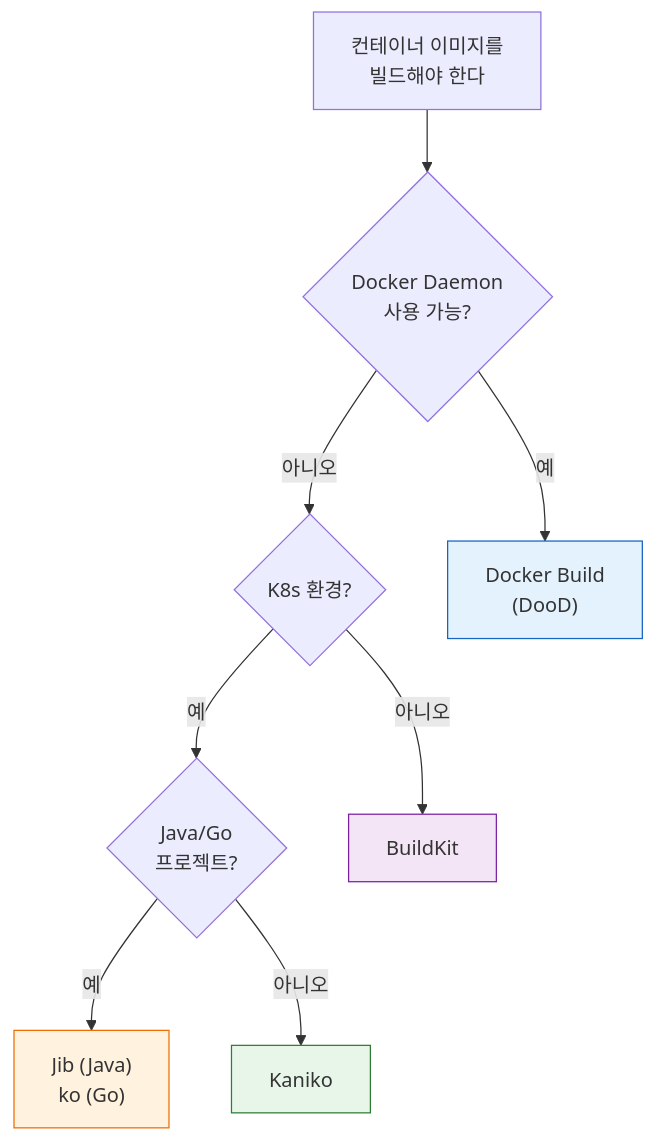
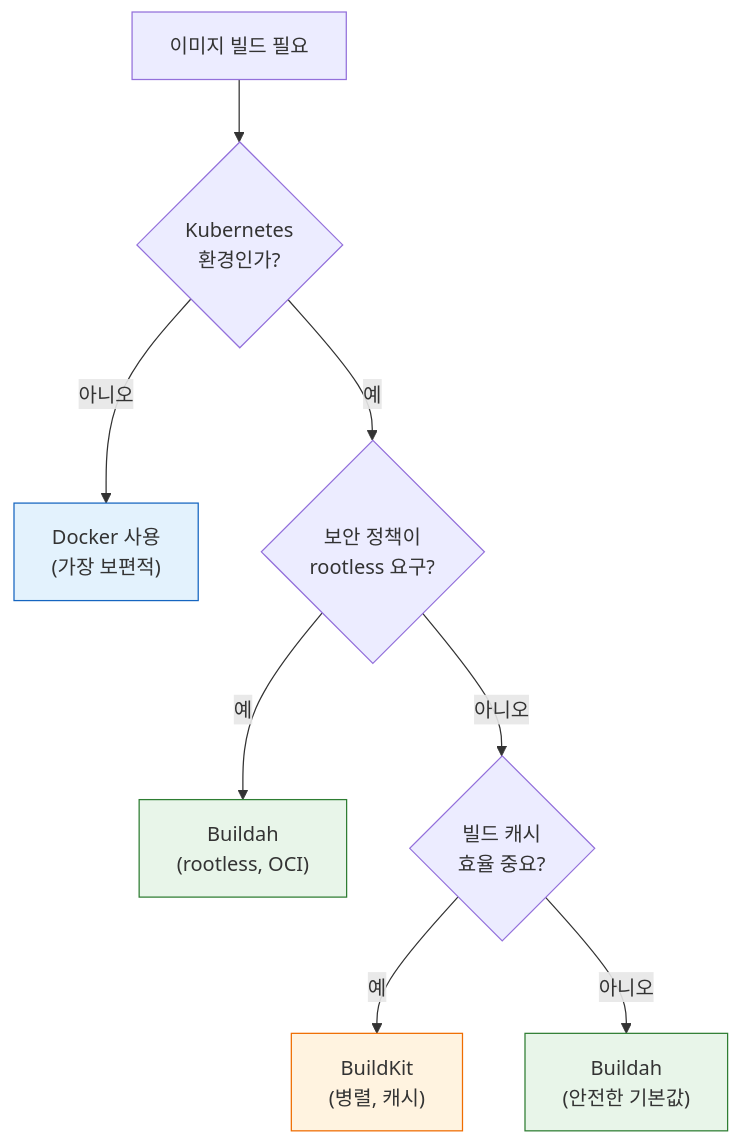
The second of 2 diagrams in write/07_devops/02_Jenkins/03_agent/01-04.빌드 도구 비교와 선택.md (scofe97/StduyWrite), drawn with Mermaid before and after one commit. The commit also changed other lines of this file and 8 other files, not shown here.

````diff
--- a/write/07_devops/02_Jenkins/03_agent/01-04.빌드 도구 비교와 선택.md
+++ b/write/07_devops/02_Jenkins/03_agent/01-04.빌드 도구 비교와 선택.md
@@ -127,25 +144,15 @@
 ```mermaid
 flowchart TD
-    START["컨테이너 이미지를<br/>빌드해야 한다"]
-    Q1{"Docker Daemon<br/>사용 가능?"}
-    Q2{"K8s 환경?"}
-    Q3{"Java/Go<br/>프로젝트?"}
+    Start["이미지 빌드 필요"] --> Q1{"Kubernetes<br/>환경인가?"}
+    Q1 -->|"아니오"| Docker["Docker 사용<br/>(가장 보편적)"]
+    Q1 -->|"예"| Q2{"보안 정책이<br/>rootless 요구?"}
+    Q2 -->|"예"| Buildah["Buildah<br/>(rootless, OCI)"]
+    Q2 -->|"아니오"| Q3{"빌드 캐시<br/>효율 중요?"}
+    Q3 -->|"예"| BuildKit["BuildKit<br/>(병렬, 캐시)"]
+    Q3 -->|"아니오"| Buildah2["Buildah<br/>(안전한 기본값)"]
 
-    DOCKER["Docker Build<br/>(DooD)"]
-    KANIKO["Kaniko"]
-    JIB["Jib (Java)<br/>ko (Go)"]
-    BUILDKIT["BuildKit"]
-
-    START --> Q1
-    Q1 -->|"예"| DOCKER
-    Q1 -->|"아니오"| Q2
-    Q2 -->|"예"| Q3
-    Q2 -->|"아니오"| BUILDKIT
-    Q3 -->|"예"| JIB
-    Q3 -->|"아니오"| KANIKO
-
-    style DOCKER fill:#e3f2fd,stroke:#1565c0,color:#333
-    style KANIKO fill:#e8f5e9,stroke:#2e7d32,color:#333
-    style JIB fill:#fff3e0,stroke:#ef6c00,color:#333
-    style BUILDKIT fill:#f3e5f5,stroke:#7b1fa2,color:#333
+    style Docker fill:#e3f2fd,stroke:#1565c0,color:#333
+    style Buildah fill:#e8f5e9,stroke:#2e7d32,color:#333
+    style BuildKit fill:#fff3e0,stroke:#ef6c00,color:#333
+    style Buildah2 fill:#e8f5e9,stroke:#2e7d32,color:#333
 ```
````
